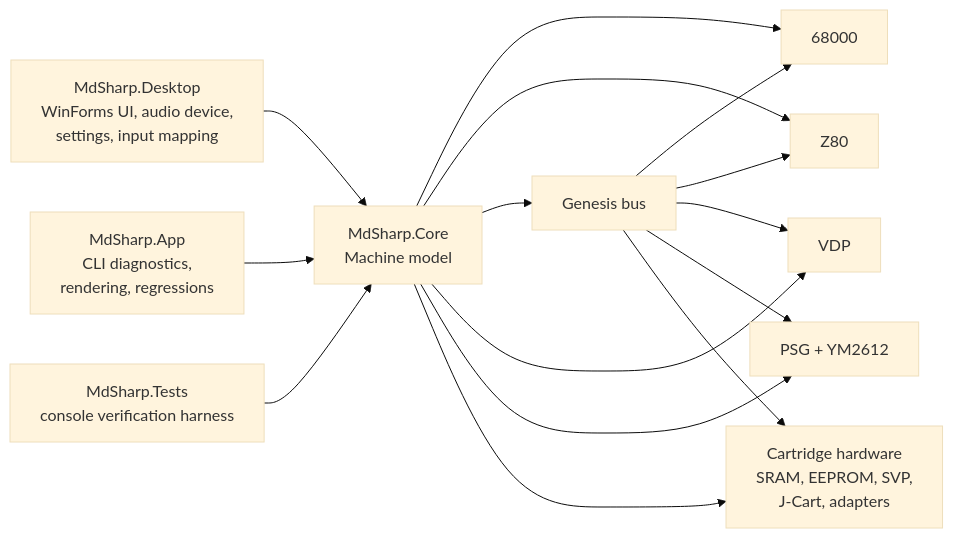
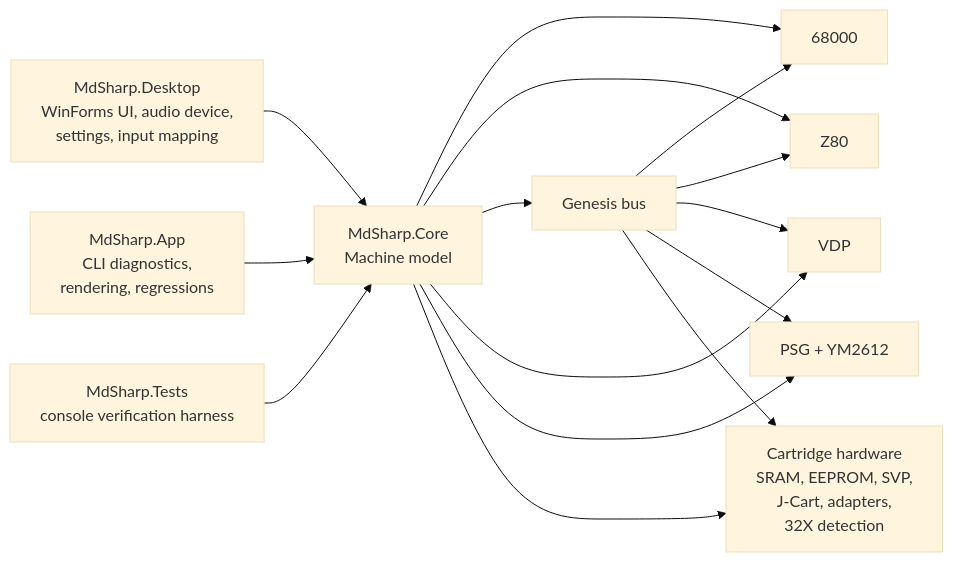
The diagram in docs/ARCHITECTURE.md (PaulMDemers/mdSharp), drawn with Mermaid (base theme) before and after one commit. The commit also changed other lines of this file and 31 other files, not shown here.

````diff
--- a/docs/ARCHITECTURE.md
+++ b/docs/ARCHITECTURE.md
@@ -17,19 +17,19 @@
 ```mermaid
 flowchart LR
     Desktop["MdSharp.Desktop\nWinForms UI, audio device,\nsettings, input mapping"] --> Core["MdSharp.Core\nMachine model"]
     App["MdSharp.App\nCLI diagnostics,\nrendering, regressions"] --> Core
     Tests["MdSharp.Tests\nconsole verification harness"] --> Core
 
     Core --> Cpu68k["68000"]
     Core --> Z80["Z80"]
     Core --> Bus["Genesis bus"]
     Core --> Vdp["VDP"]
     Core --> Audio["PSG + YM2612"]
-    Core --> Cart["Cartridge hardware\nSRAM, EEPROM, SVP,\nJ-Cart, adapters"]
+    Core --> Cart["Cartridge hardware\nSRAM, EEPROM, SVP,\nJ-Cart, adapters,\n32X detection"]
 
     Bus --> Cpu68k
     Bus --> Z80
     Bus --> Vdp
     Bus --> Audio
     Bus --> Cart
 ```
````
